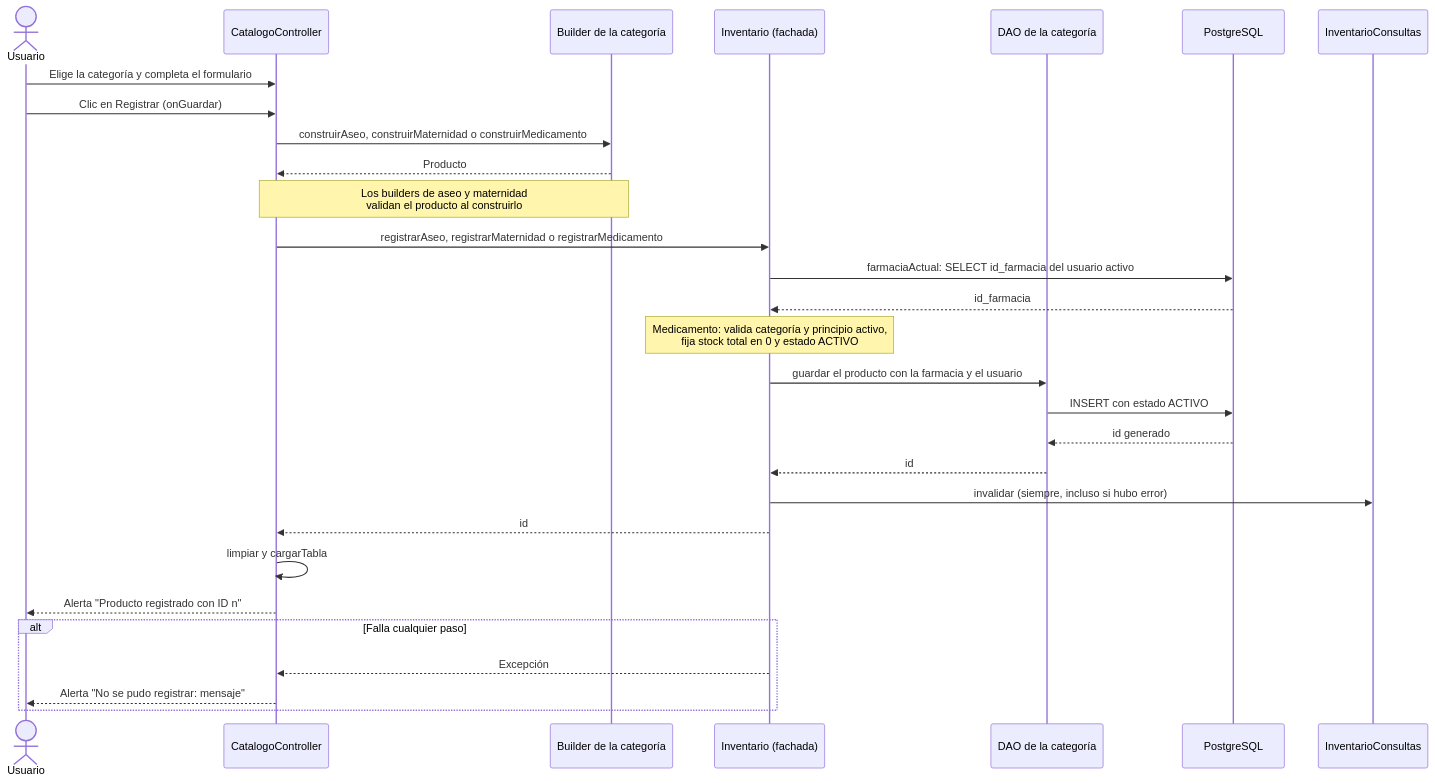
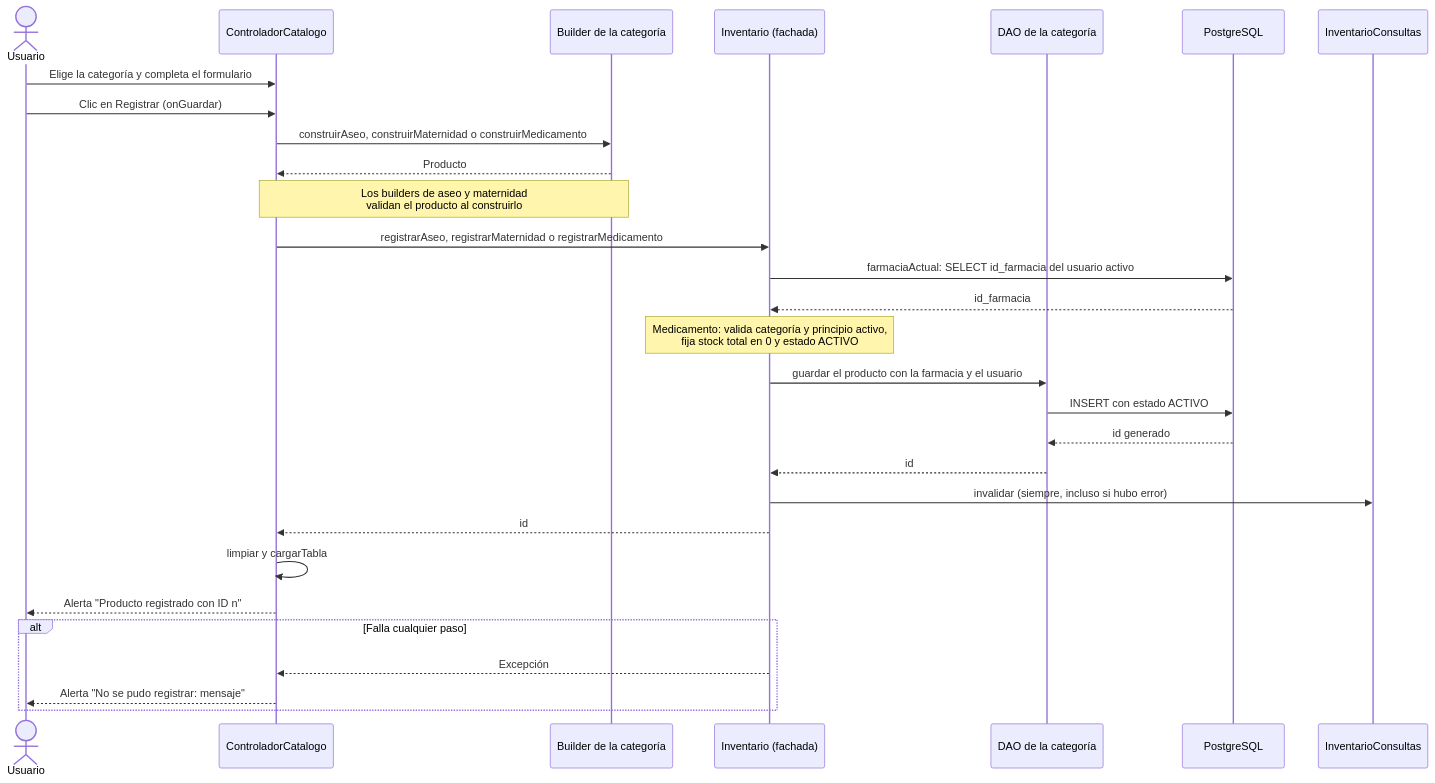
Before and after one commit to puj-course/FIS_2630_1204_G1: the second of 2 diagrams in docs/diagramas/HU-92/FORMULARIO_UNICO_REGISTRO.md, drawn with Mermaid. The commit also changed other lines of this file and 121 other files, not shown here.

````diff
--- a/docs/diagramas/HU-92/FORMULARIO_UNICO_REGISTRO.md
+++ b/docs/diagramas/HU-92/FORMULARIO_UNICO_REGISTRO.md
@@ -121,33 +121,33 @@
 ```mermaid
 sequenceDiagram
     actor U as Usuario
-    participant C as CatalogoController
+    participant C as ControladorCatalogo
     participant B as Builder de la categoría
     participant I as Inventario (fachada)
     participant D as DAO de la categoría
     participant DB as PostgreSQL
     participant Q as InventarioConsultas
 
     U->>C: Elige la categoría y completa el formulario
     U->>C: Clic en Registrar (onGuardar)
     C->>B: construirAseo, construirMaternidad o construirMedicamento
     B-->>C: Producto
     Note over B,C: Los builders de aseo y maternidad<br/>validan el producto al construirlo
     C->>I: registrarAseo, registrarMaternidad o registrarMedicamento
     I->>DB: farmaciaActual: SELECT id_farmacia del usuario activo
     DB-->>I: id_farmacia
     Note over I: Medicamento: valida categoría y principio activo,<br/>fija stock total en 0 y estado ACTIVO
     I->>D: guardar el producto con la farmacia y el usuario
     D->>DB: INSERT con estado ACTIVO
     DB-->>D: id generado
     D-->>I: id
     I->>Q: invalidar (siempre, incluso si hubo error)
     I-->>C: id
     C->>C: limpiar y cargarTabla
     C-->>U: Alerta "Producto registrado con ID n"
 
     alt Falla cualquier paso
         I-->>C: Excepción
         C-->>U: Alerta "No se pudo registrar: mensaje"
     end
 ```
````
